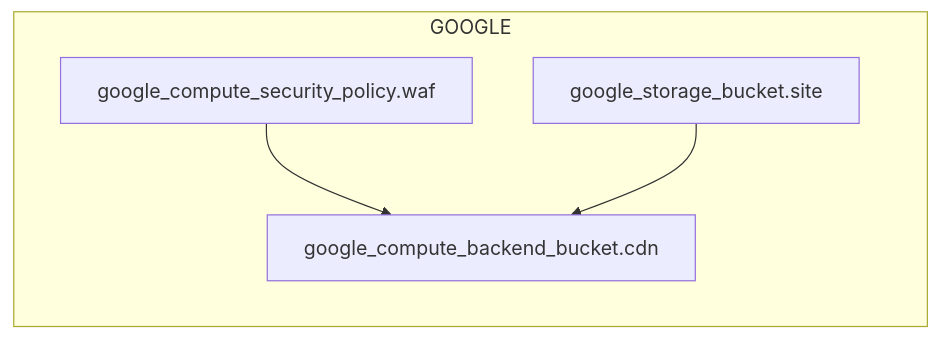
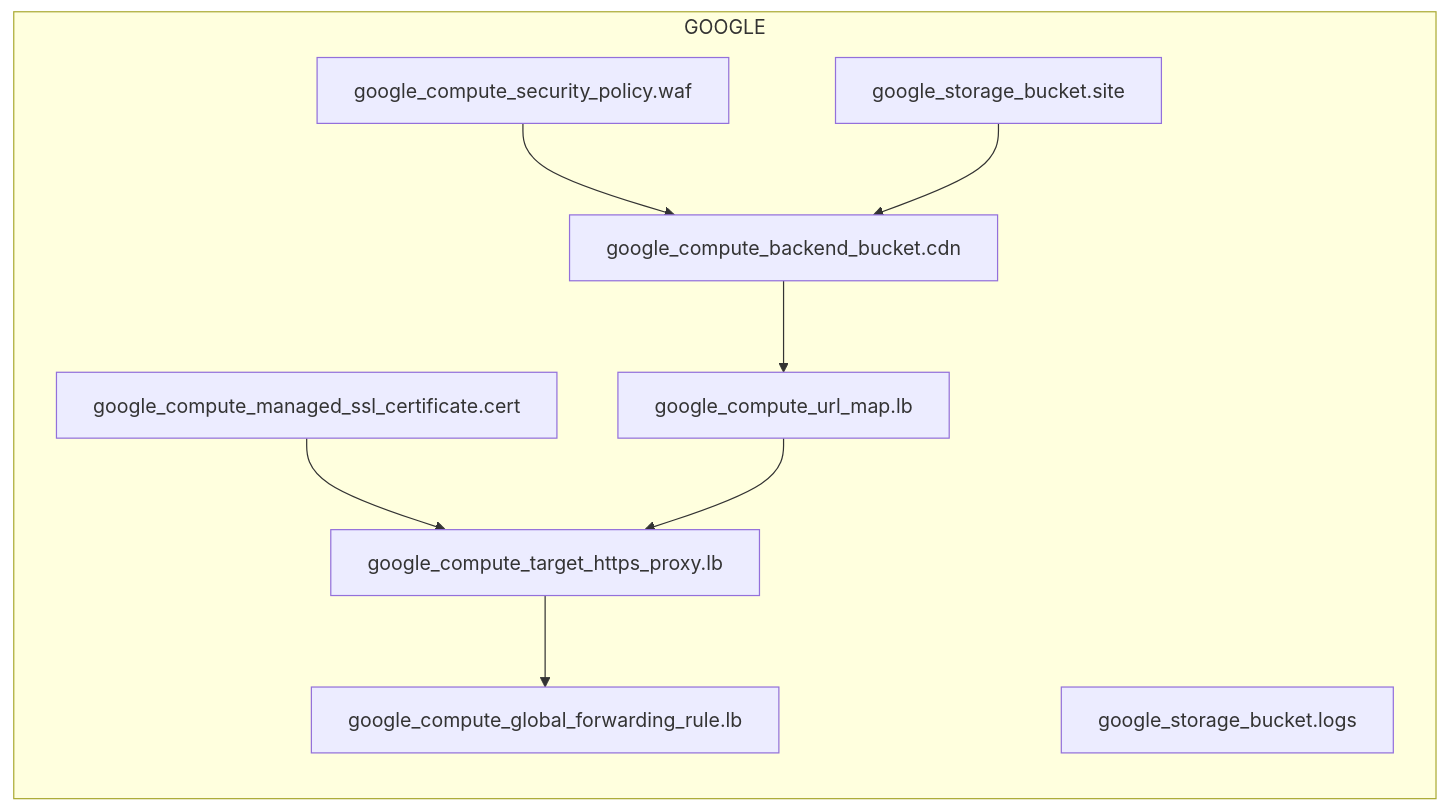
Before and after one commit to suryakumaran2611/auto-arch-diagram: the diagram in examples/serverless-website/gcp/terraform/architecture-diagram.md, drawn with Mermaid. The commit also changed 243 other files, not shown here.

First line of the commit message:
Simplify MLOps multi-cloud architecture diagrams

````diff
--- a/examples/serverless-website/gcp/terraform/architecture-diagram.md
+++ b/examples/serverless-website/gcp/terraform/architecture-diagram.md
@@ -7,10 +7,19 @@
 ```mermaid
 flowchart LR
 subgraph GOOGLE[GOOGLE]
   tf_google_compute_backend_bucket_cdn["google_compute_backend_bucket.cdn"]
+  tf_google_compute_global_forwarding_rule_lb["google_compute_global_forwarding_rule.lb"]
+  tf_google_compute_managed_ssl_certificate_cert["google_compute_managed_ssl_certificate.cert"]
   tf_google_compute_security_policy_waf["google_compute_security_policy.waf"]
+  tf_google_compute_target_https_proxy_lb["google_compute_target_https_proxy.lb"]
+  tf_google_compute_url_map_lb["google_compute_url_map.lb"]
+  tf_google_storage_bucket_logs["google_storage_bucket.logs"]
   tf_google_storage_bucket_site["google_storage_bucket.site"]
 end
+tf_google_compute_backend_bucket_cdn --> tf_google_compute_url_map_lb
+tf_google_compute_managed_ssl_certificate_cert --> tf_google_compute_target_https_proxy_lb
 tf_google_compute_security_policy_waf --> tf_google_compute_backend_bucket_cdn
+tf_google_compute_target_https_proxy_lb --> tf_google_compute_global_forwarding_rule_lb
+tf_google_compute_url_map_lb --> tf_google_compute_target_https_proxy_lb
 tf_google_storage_bucket_site --> tf_google_compute_backend_bucket_cdn
 ```
````
